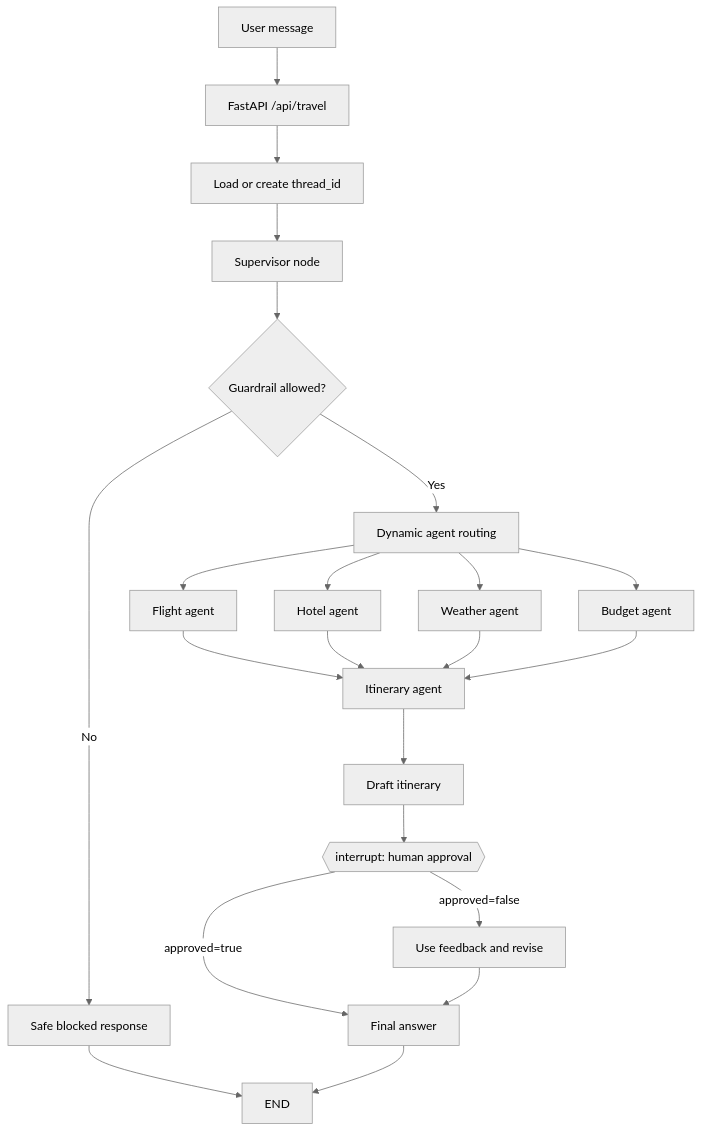
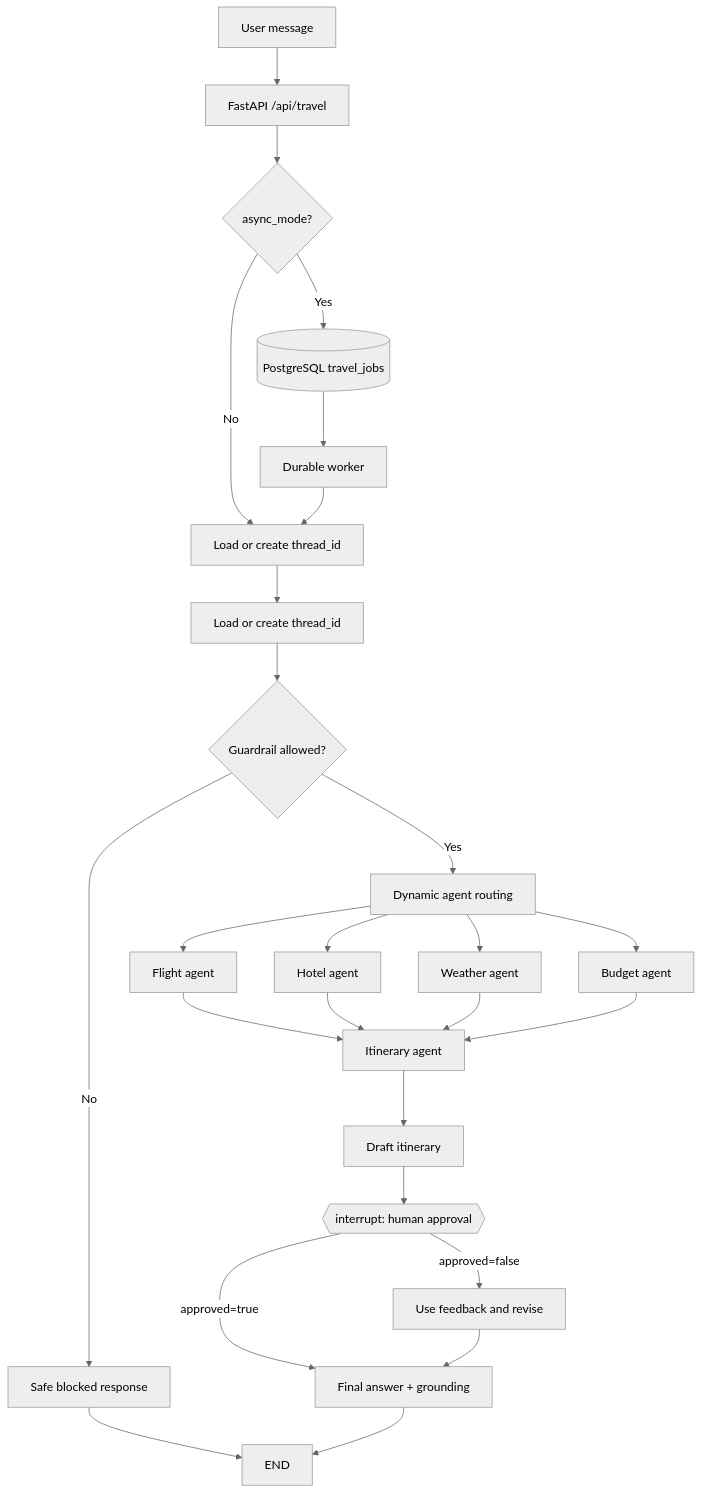
The first of 2 diagrams in README.md (pham-ng/Multi-Agent-System-using-Langraph-MCP-Guardrail-HITL-for-Trip-Planning), drawn with Mermaid (neutral theme) before and after one commit. The commit also changed other lines of this file and 12 other files, not shown here.

````diff
--- a/README.md
+++ b/README.md
@@ -66,24 +66,28 @@
 ```mermaid
 flowchart TD
     A[User message] --> B[FastAPI /api/travel]
-    B --> C[Load or create thread_id]
-    C --> D[Supervisor node]
-    D --> E{Guardrail allowed?}
-    E -- No --> F[Safe blocked response]
-    E -- Yes --> G[Dynamic agent routing]
-    G --> H[Flight agent]
-    G --> I[Hotel agent]
-    G --> J[Weather agent]
-    G --> K[Budget agent]
-    H --> L[Itinerary agent]
-    I --> L
-    J --> L
-    K --> L
-    L --> M[Draft itinerary]
-    M --> N{{interrupt: human approval}}
-    N -- approved=true --> O[Final answer]
-    N -- approved=false --> P[Use feedback and revise]
-    P --> O
-    F --> Q[END]
-    O --> Q
+    B --> C{async_mode?}
+    C -- Yes --> Q[(PostgreSQL travel_jobs)]
+    Q --> W[Durable worker]
+    C -- No --> D[Load or create thread_id]
+    W --> D
+    D --> E[Load or create thread_id]
+    E --> F{Guardrail allowed?}
+    F -- No --> G[Safe blocked response]
+    F -- Yes --> H[Dynamic agent routing]
+    H --> I[Flight agent]
+    H --> J[Hotel agent]
+    H --> K[Weather agent]
+    H --> L[Budget agent]
+    I --> M[Itinerary agent]
+    J --> M
+    K --> M
+    L --> M
+    M --> N[Draft itinerary]
+    N --> O{{interrupt: human approval}}
+    O -- approved=true --> P[Final answer + grounding]
+    O -- approved=false --> R[Use feedback and revise]
+    R --> P
+    G --> S[END]
+    P --> S
 ```
````
